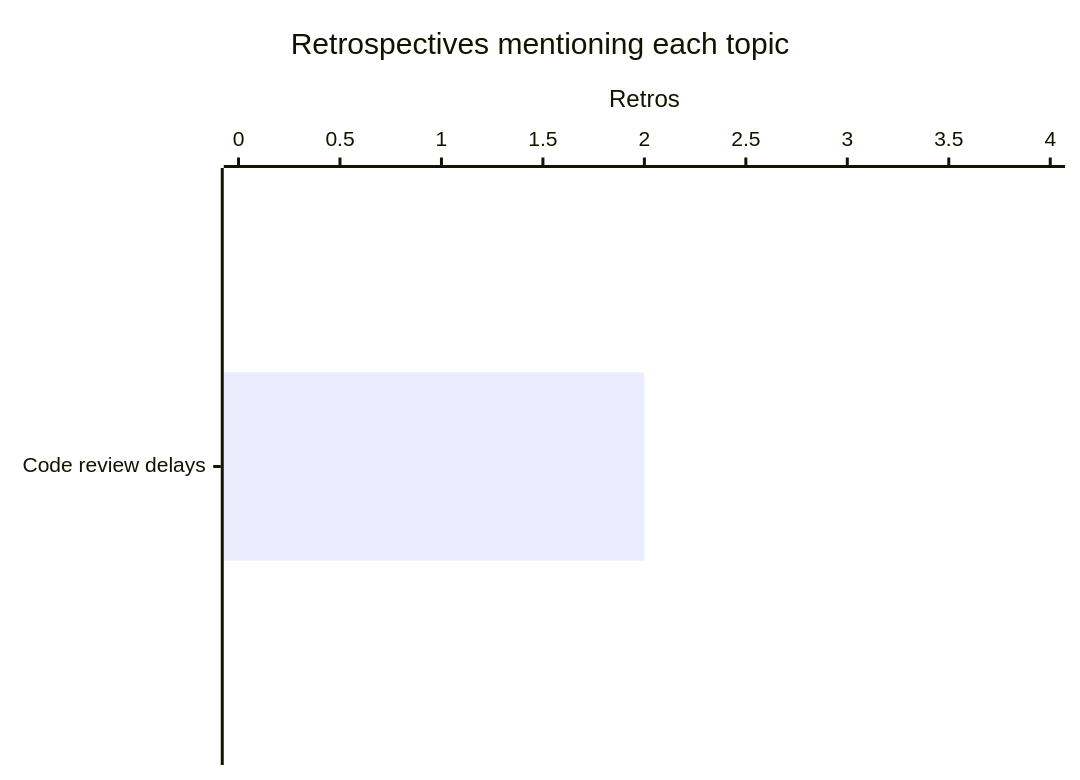
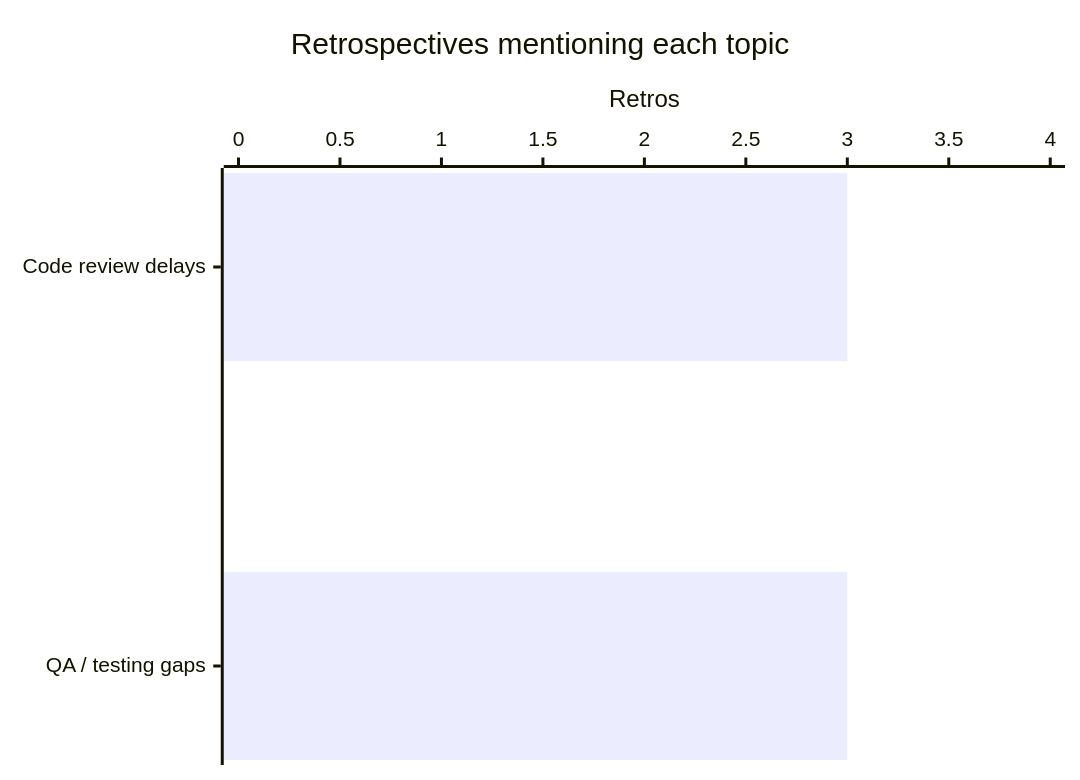
The second of 2 diagrams in docs/reminders/latest-report.md (IslamFathyy/retro-lab), drawn with Mermaid before and after one commit. The commit also changed other lines of this file and 3 other files, not shown here.

````diff
--- a/docs/reminders/latest-report.md
+++ b/docs/reminders/latest-report.md
@@ -45,7 +46,7 @@
 ```mermaid
 xychart-beta horizontal
     title "Retrospectives mentioning each topic"
-    x-axis ["Code review delays"]
+    x-axis ["Code review delays", "QA / testing gaps"]
     y-axis "Retros" 0 --> 4
-    bar [2]
+    bar [3, 3]
 ```
````
